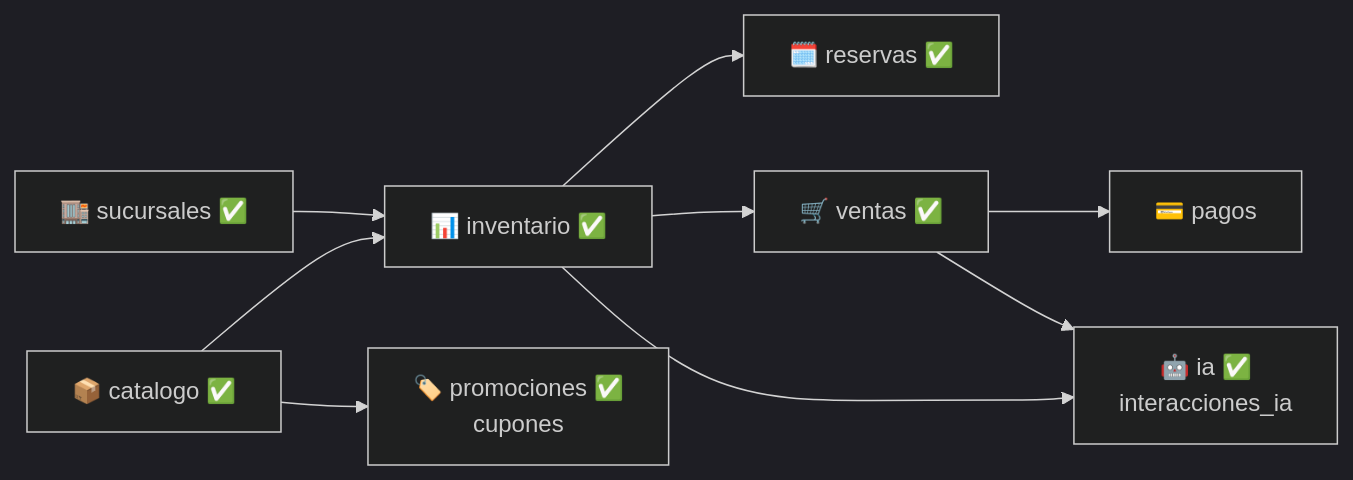
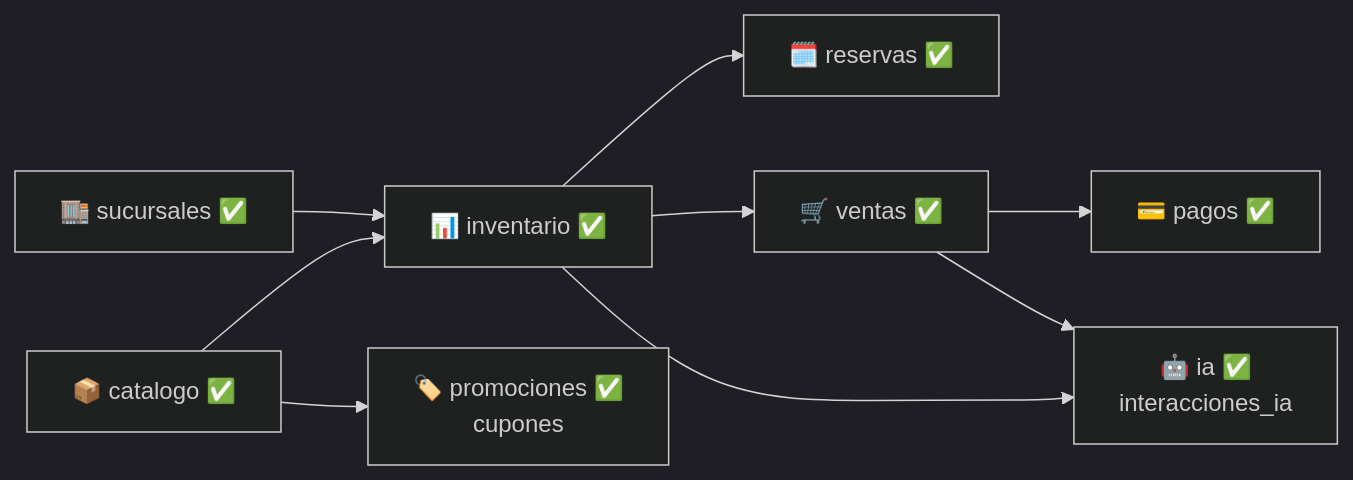
One commit to mopy1/MirrorIA changed the diagram in mirroria-backend/AGENTS.md. Above: the diagram before and after it, drawn with Mermaid (dark theme). The commit also changed other lines of this file and 1 other file, not shown here.

Commit message:
docs: modulo pagos implementado - RF19 cerrado

````diff
--- a/mirroria-backend/AGENTS.md
+++ b/mirroria-backend/AGENTS.md
@@ -419,11 +505,11 @@
 ```mermaid
 flowchart LR
     A["🏬 sucursales ✅"] --> D["📊 inventario ✅"]
     B["📦 catalogo ✅"] --> D
     D --> E["🗓️ reservas ✅"]
     D --> F["🛒 ventas ✅"]
-    F --> G["💳 pagos"]
+    F --> G["💳 pagos ✅"]
     B --> H["🏷️ promociones ✅<br/>cupones"]
     F --> I["🤖 ia ✅<br/>interacciones_ia"]
     D --> I
 ```
````
